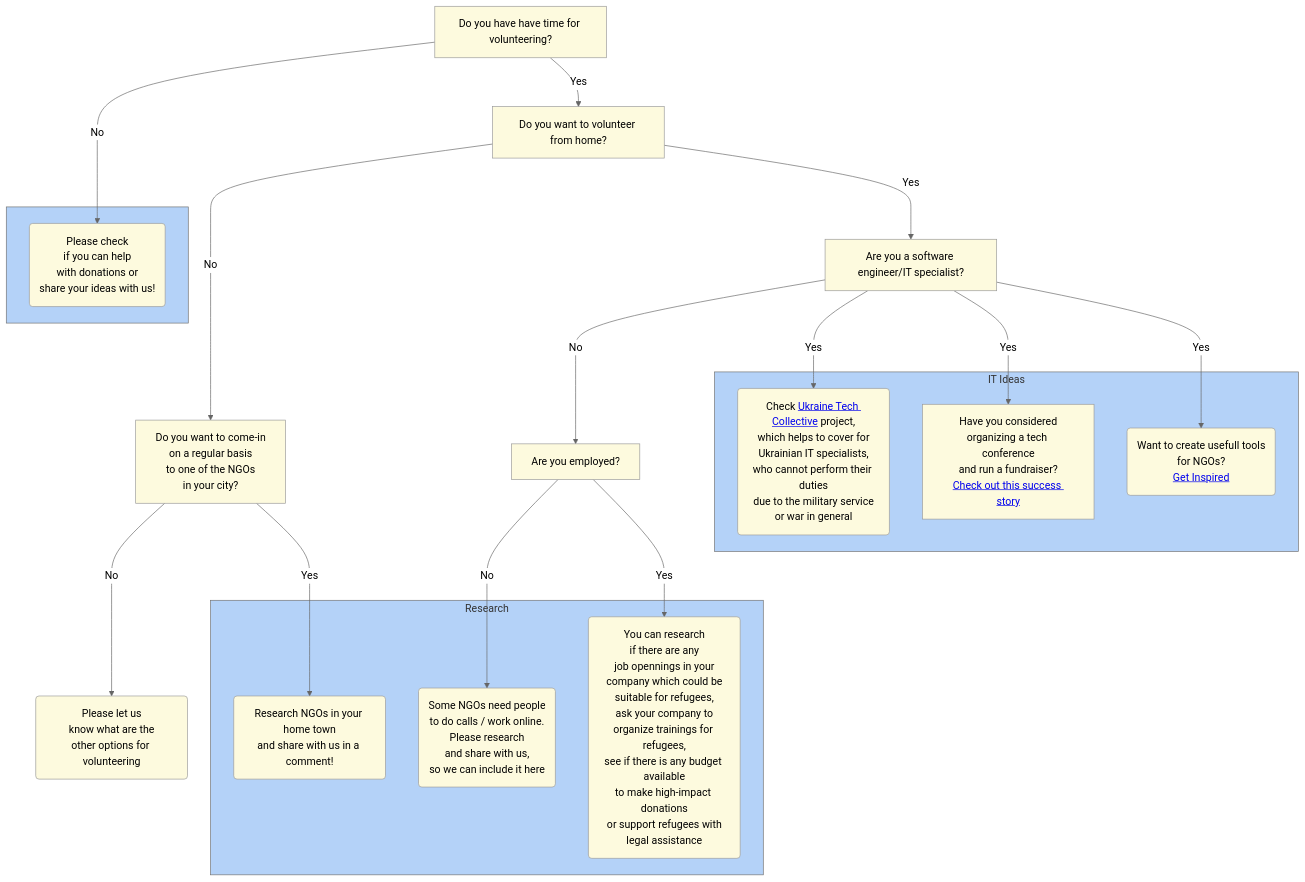
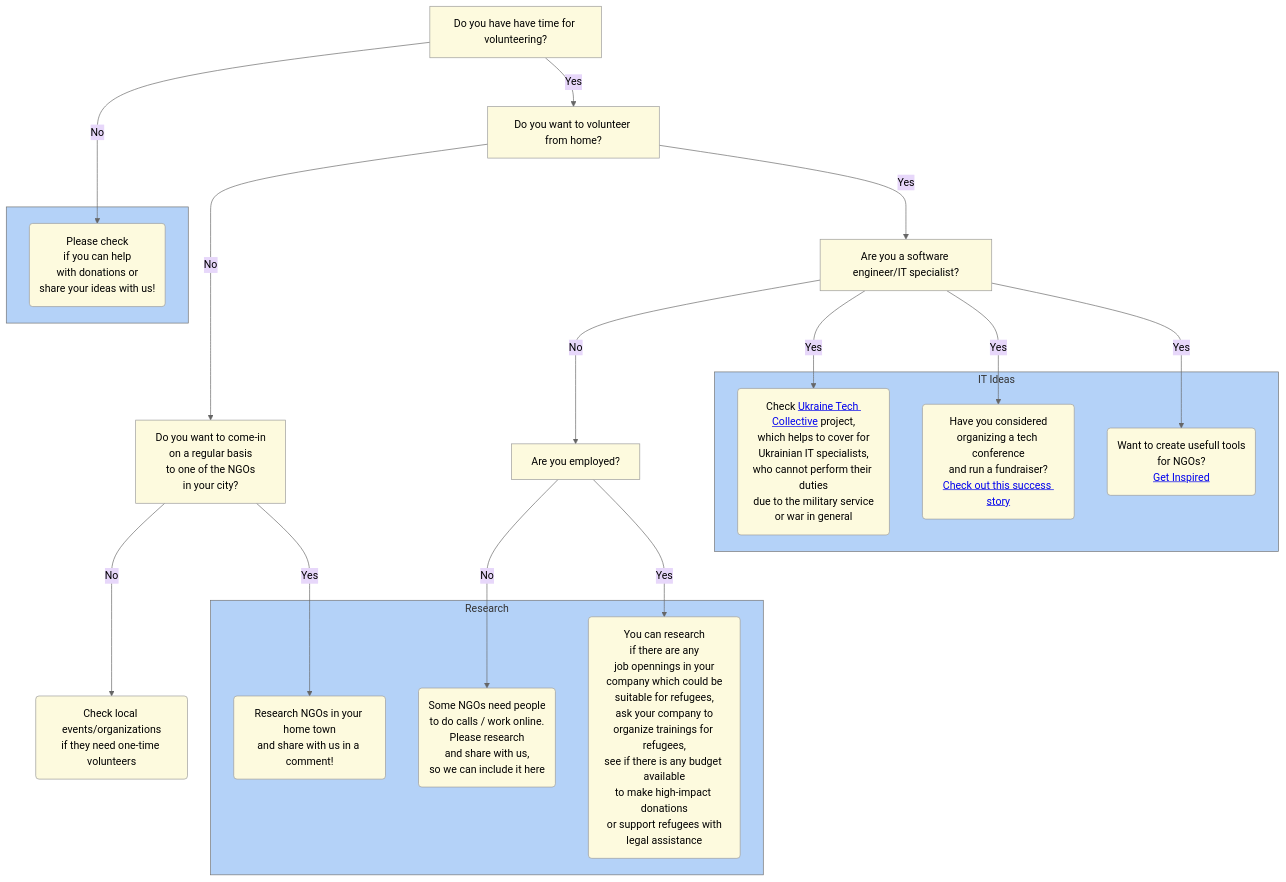
One commit to o-levchenko/publications changed the first of 2 diagrams in volunteer_chart/volunteer_diagramm.md. Above: the diagram before and after it, drawn with Mermaid. The commit also changed other lines of this file, not shown here.

Commit message:
Updated styling

````diff
--- a/volunteer_chart/volunteer_diagramm.md
+++ b/volunteer_chart/volunteer_diagramm.md
@@ -1,46 +1,48 @@
 ```mermaid
 %%{init: {'theme':'neutral', 'themeVariables': { 
 'clusterBkg': '#b4d2f8', 
-'mainBkg': '#fdfade'
+'mainBkg': '#fdfade',
+'edgeLabelBackground':'#e7d7fa',
+'fontFamily': 'sans-serif'
 }}}%%
 flowchart TD;
     A[Do you have have time for volunteering?]
-    B(Please let us<br/>know what are the<br/>other options for volunteering)
     C(Please check<br/>if you can help<br/>with donations or<br/>share your ideas with us!)
     D[Do you want to volunteer from home?]
     E[Do you want to come-in<br/>on a regular basis<br/>to one of the NGOs<br/>in your city?]
     F(Research NGOs in your home town<br/>and share with us in a comment!)
     G(Some NGOs need people<br/>to do calls / work online.<br/>Please research <br/>and share with us,<br/>so we can include it here)
     S(You can research<br/>if there are any<br/>job opennings in your<br/>company which could be<br/>suitable for refugees,<br/>ask your company to<br/>organize trainings for refugees,<br/>see if there is any budget available<br/>to make high-impact donations<br/>or support refugees with<br/>legal assistance)
     N[Are you a software engineer/IT specialist?]
     M[Are you employed?]
     T(Check <a href='https://www.ukrainetechcollective.com/'>Ukraine Tech Collective</a> project,<br/>which helps to cover for<br/>Ukrainian IT specialists,<br/>who cannot perform their duties<br/>due to the military service<br/>or war in general)
-    O[Have you considered<br/>organizing a tech conference<br/>and run a fundraiser?<br/><a href='https://devfest.gdg.org.ua/'>Check out this success story</a>]
+    O(Have you considered<br/>organizing a tech conference<br/>and run a fundraiser?<br/><a href='https://devfest.gdg.org.ua/'>Check out this success story</a>)
     U(Want to create usefull tools<br/>for NGOs?<br/><a href='https://monday.com/blog/news/putting-tech-to-good-use-how-monday-com-is-supporting-ngos-in-ukraine/'>Get Inspired</a>)
+    V(Check local events/organizations<br/>if they need one-time volunteers)
     
     A ---> |No| C
     A -->|Yes| D
     D -->|No| E
-    E -->|No| B
+    E -->|No| V
     E -->|Yes| F
     M -->|No| G
     M -->|Yes| S
     D -->|Yes| N
     N -->|No| M
     N -->|Yes| T
     N -->|Yes| O
     N -->|Yes| U
     subgraph IT Ideas
         T
         O
         U
     end
     subgraph  
         C
     end
     subgraph Research
         G
         F
         S
     end
 ```
````
